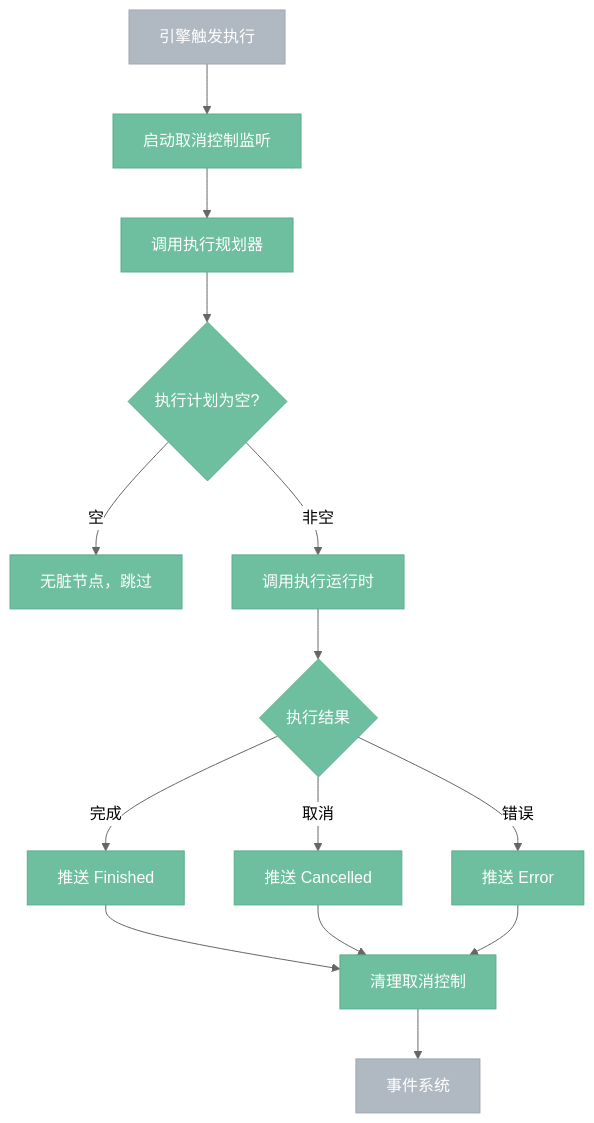
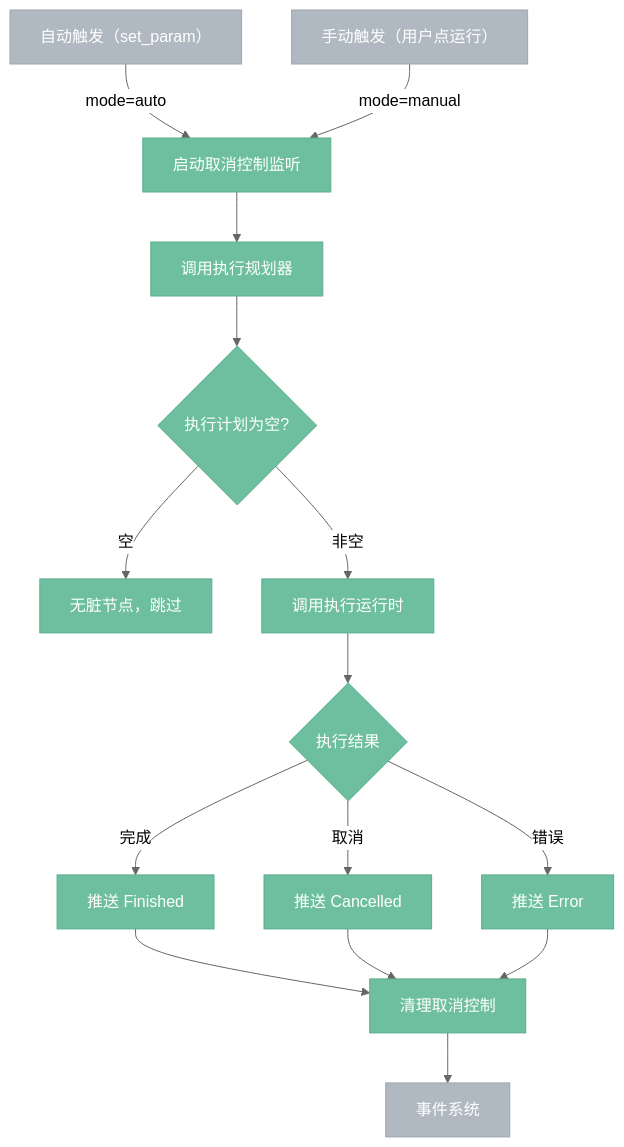
The second of 5 diagrams in docs/targetv3/401-scheduler.md (aporicho/nodeimg), drawn with Mermaid (neutral theme) before and after one commit. The commit also changed other lines of this file and 3 other files, not shown here.

````diff
--- a/docs/targetv3/401-scheduler.md
+++ b/docs/targetv3/401-scheduler.md
@@ -40,21 +40,23 @@
 ```mermaid
 %%{ init: { 'flowchart': { 'curve': 'basis' } } }%%
 flowchart TB
     classDef internal fill:#6DBFA0,stroke:#5BAD8E,color:#fff
     classDef external fill:#B0B8C1,stroke:#9EA6AF,color:#fff
 
-    触发["引擎触发执行"]:::external
-    触发 --> 启动取消["启动取消控制监听"]:::internal
+    自动触发["自动触发（set_param）"]:::external
+    手动触发["手动触发（用户点运行）"]:::external
+    自动触发 -->|"mode=auto"| 启动取消["启动取消控制监听"]:::internal
+    手动触发 -->|"mode=manual"| 启动取消
     启动取消 --> 调规划["调用执行规划器"]:::internal
     调规划 --> 有计划{"执行计划为空?"}:::internal
     有计划 -->|"空"| 无需执行["无脏节点，跳过"]:::internal
     有计划 -->|"非空"| 调运行时["调用执行运行时"]:::internal
     调运行时 --> 结果{"执行结果"}:::internal
     结果 -->|"完成"| 推送完成["推送 Finished"]:::internal
     结果 -->|"取消"| 推送取消["推送 Cancelled"]:::internal
     结果 -->|"错误"| 推送错误["推送 Error"]:::internal
     推送完成 --> 清理["清理取消控制"]:::internal
     推送取消 --> 清理
     推送错误 --> 清理
     清理 --> 事件["事件系统"]:::external
 ```
````
